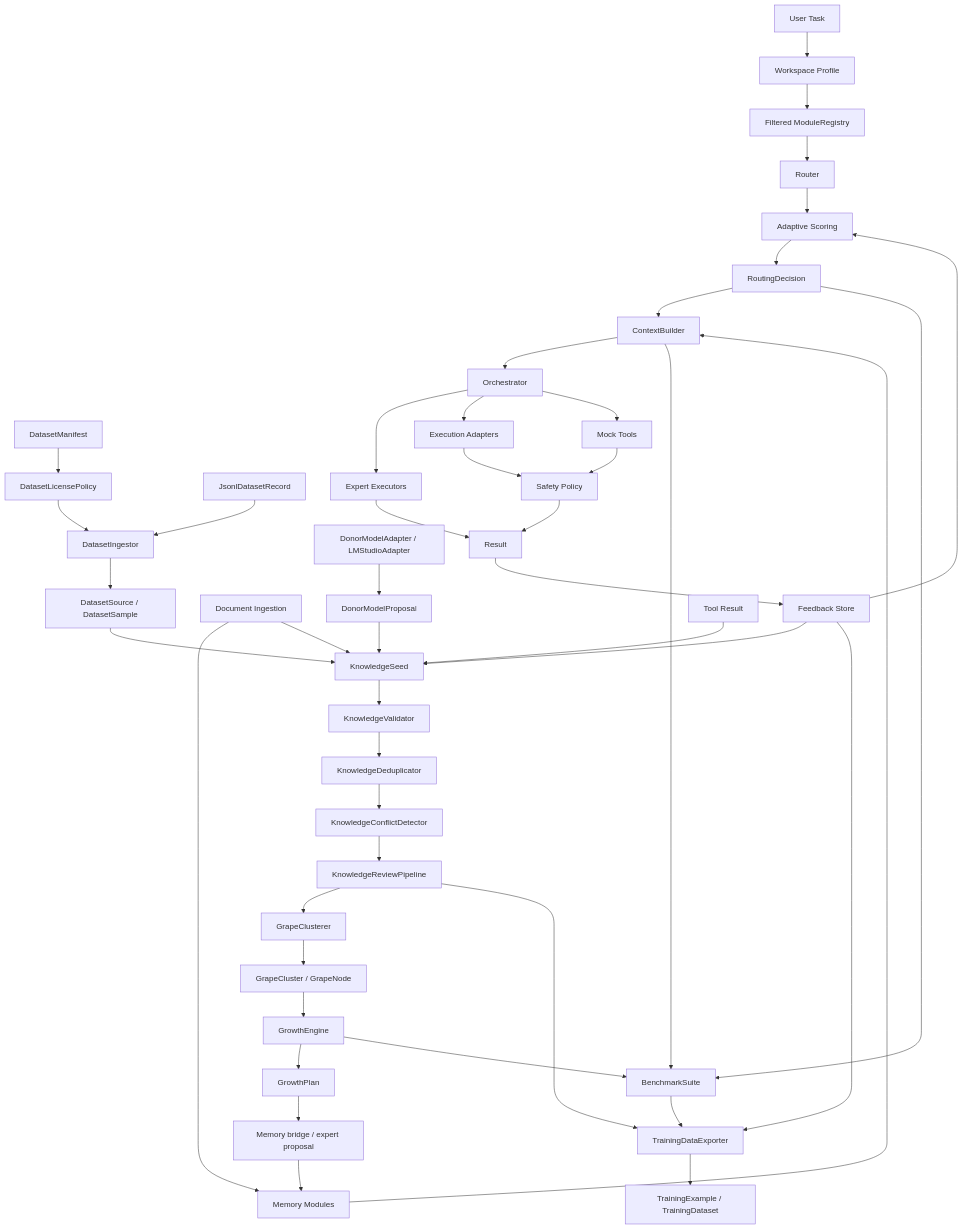
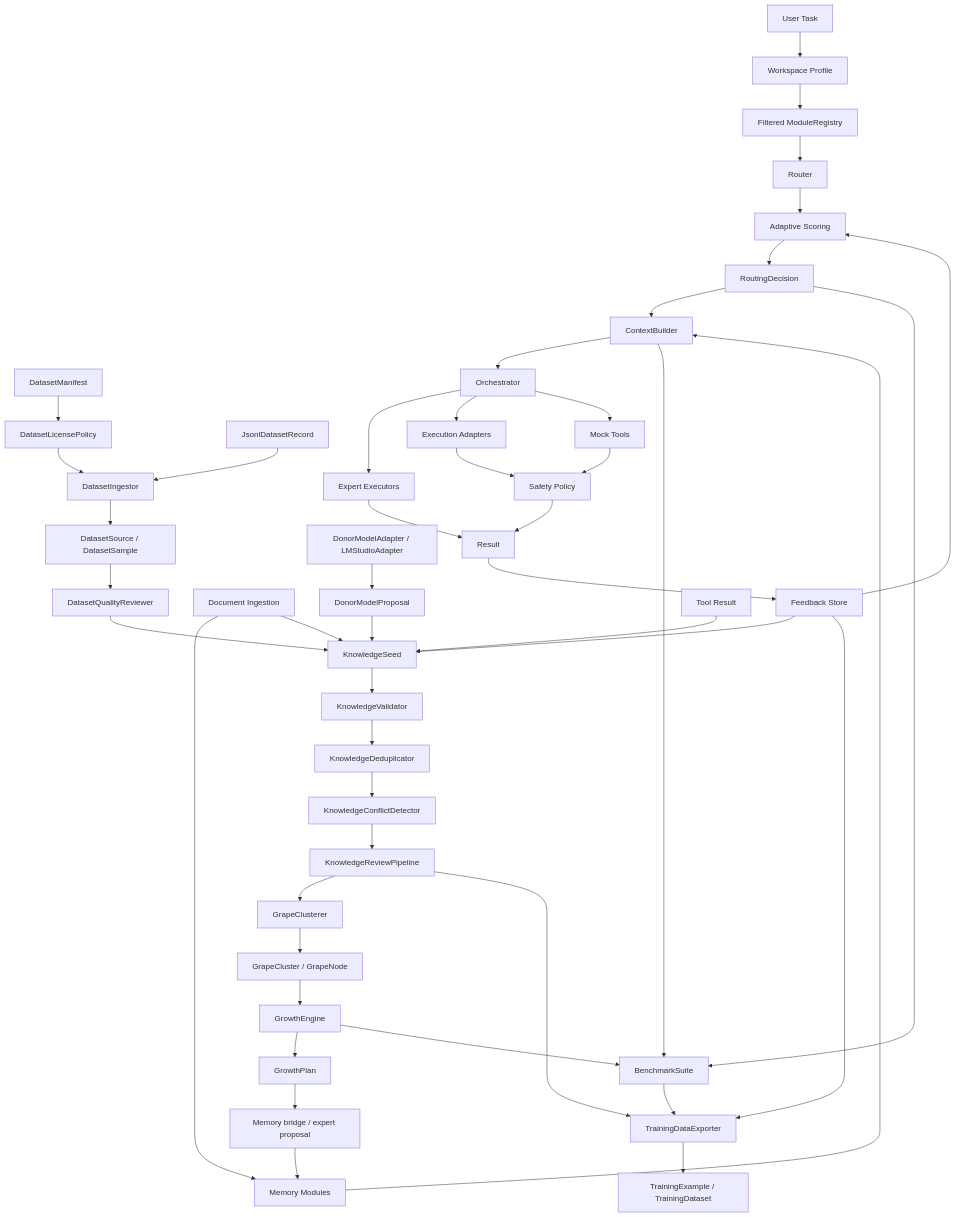
Before and after one commit to Robotyaga/Grona: the diagram in docs/architecture.md, drawn with Mermaid. The commit also changed other lines of this file and 13 other files, not shown here.

First line of the commit message:
Add dataset quality review foundation

````diff
--- a/docs/architecture.md
+++ b/docs/architecture.md
@@ -21,48 +21,49 @@
 ```mermaid
 flowchart TD
     A[User Task] --> B[Workspace Profile]
     B --> C[Filtered ModuleRegistry]
     C --> D[Router]
     F[Feedback Store] --> E[Adaptive Scoring]
     D --> E
     E --> G[RoutingDecision]
     H[Memory Modules] --> I[ContextBuilder]
     J[Document Ingestion] --> H
     MF[DatasetManifest] --> LP[DatasetLicensePolicy]
     JL[JsonlDatasetRecord] --> DI[DatasetIngestor]
     LP --> DI
     DI --> DS[DatasetSource / DatasetSample]
-    DS --> Q[KnowledgeSeed]
+    DS --> DR[DatasetQualityReviewer]
+    DR --> Q[KnowledgeSeed]
     DM[DonorModelAdapter / LMStudioAdapter] --> DP[DonorModelProposal]
     DP --> Q
     J --> Q
     R[Tool Result] --> Q
     F --> Q
     Q --> S[KnowledgeValidator]
     S --> U[KnowledgeDeduplicator]
     U --> V[KnowledgeConflictDetector]
     V --> W[KnowledgeReviewPipeline]
     W --> X[GrapeClusterer]
     X --> Y[GrapeCluster / GrapeNode]
     Y --> Z[GrowthEngine]
     Z --> AA[GrowthPlan]
     AA --> AB[Memory bridge / expert proposal]
     AB --> H
     G --> I
     I --> K[Orchestrator]
     K --> L[Expert Executors]
     K --> M[Execution Adapters]
     K --> N[Mock Tools]
     M --> O[Safety Policy]
     N --> O
     O --> P[Result]
     L --> P
     P --> F
     G --> BS[BenchmarkSuite]
     I --> BS
     Z --> BS
     W --> TD[TrainingDataExporter]
     F --> TD
     BS --> TD
     TD --> TE[TrainingExample / TrainingDataset]
 ```
````
